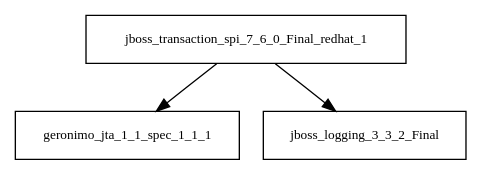
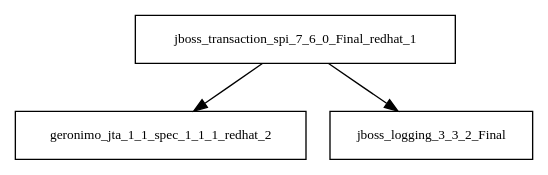
Before and after one commit to Hack23/cia: the diagram in tattleTaleReport/graphviz/jboss-transaction-spi-7.6.0.Final-redhat-1.jar/jboss-transaction-spi-7.6.0.Final-redhat-1.jar.dot, drawn with Graphviz. The commit also changed 2494 other files, not shown here.

```diff
--- a/tattleTaleReport/graphviz/jboss-transaction-spi-7.6.0.Final-redhat-1.jar/jboss-transaction-spi-7.6.0.Final-redhat-1.jar.dot
+++ b/tattleTaleReport/graphviz/jboss-transaction-spi-7.6.0.Final-redhat-1.jar/jboss-transaction-spi-7.6.0.Final-redhat-1.jar.dot
@@ -1,5 +1,5 @@
 digraph jboss_transaction_spi_7_6_0_Final_redhat_1_dependencies {
   node [shape = box, fontsize=10.0];
-  jboss_transaction_spi_7_6_0_Final_redhat_1 -> geronimo_jta_1_1_spec_1_1_1;
+  jboss_transaction_spi_7_6_0_Final_redhat_1 -> geronimo_jta_1_1_spec_1_1_1_redhat_2;
   jboss_transaction_spi_7_6_0_Final_redhat_1 -> jboss_logging_3_3_2_Final;
 }
```
